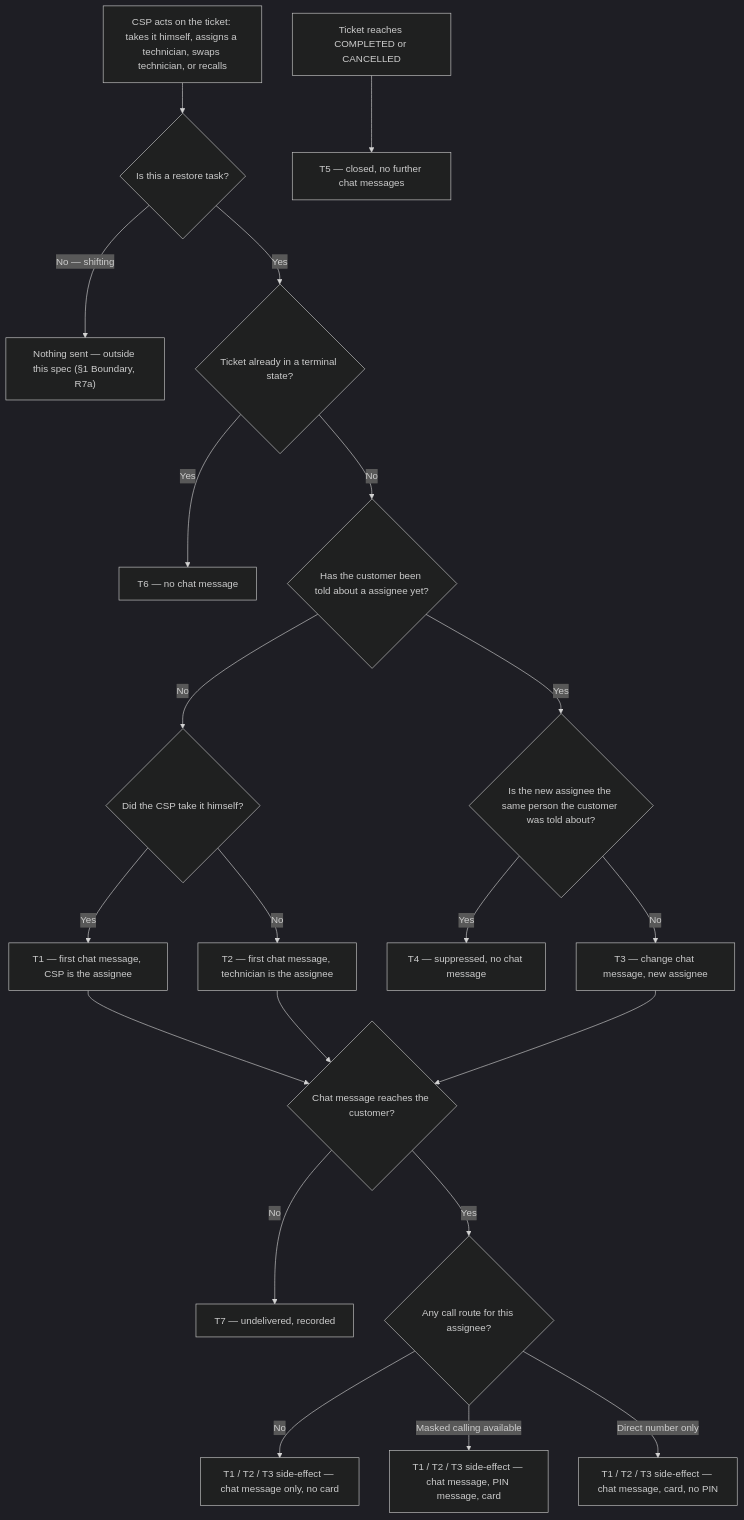
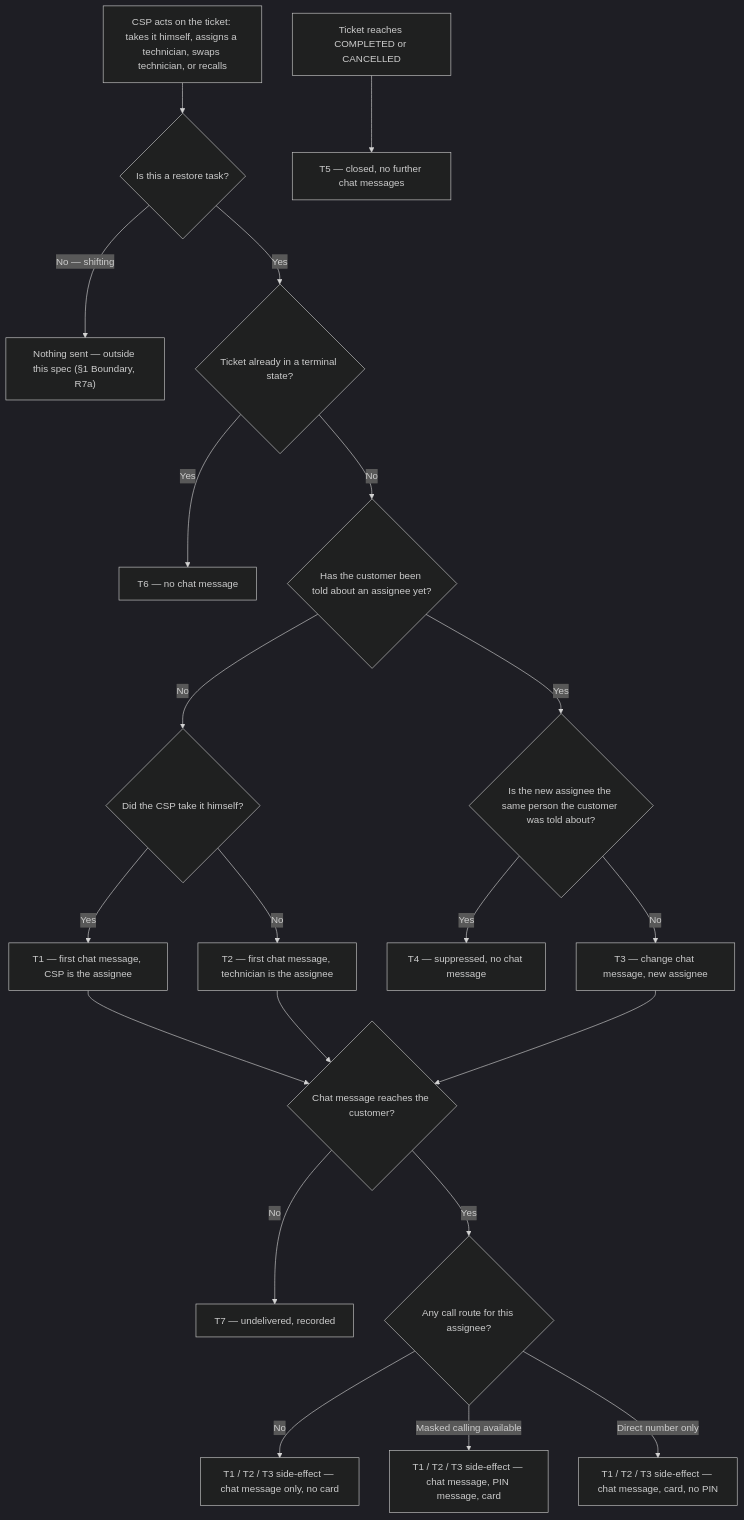
Before and after one commit to ashish-raj-wiom/service-ticket-handler-notice-prd: the diagram in Service_Ticket_Handler_Notice_PRD.md, drawn with Mermaid (dark theme). The commit also changed other lines of this file and 1 other file, not shown here.

````diff
--- a/Service_Ticket_Handler_Notice_PRD.md
+++ b/Service_Ticket_Handler_Notice_PRD.md
@@ -61,23 +61,23 @@
 ```mermaid
 flowchart TD
     A["CSP acts on the ticket: takes it himself, assigns a technician, swaps technician, or recalls"] --> A2{"Is this a restore task?"}
     A2 -- "No — shifting" --> A3["Nothing sent — outside this spec (§1 Boundary, R7a)"]
     A2 -- "Yes" --> B{"Ticket already in a terminal state?"}
     B -- "Yes" --> C["T6 — no chat message"]
-    B -- "No" --> D{"Has the customer been told about a assignee yet?"}
+    B -- "No" --> D{"Has the customer been told about an assignee yet?"}
     D -- "No" --> D2{"Did the CSP take it himself?"}
     D2 -- "Yes" --> E["T1 — first chat message, CSP is the assignee"]
     D2 -- "No" --> F["T2 — first chat message, technician is the assignee"]
     D -- "Yes" --> G{"Is the new assignee the same person the customer was told about?"}
     G -- "Yes" --> H["T4 — suppressed, no chat message"]
     G -- "No" --> I["T3 — change chat message, new assignee"]
     J["Ticket reaches COMPLETED or CANCELLED"] --> K["T5 — closed, no further chat messages"]
     E --> L{"Chat message reaches the customer?"}
     F --> L
     I --> L
     L -- "No" --> M["T7 — undelivered, recorded"]
     L -- "Yes" --> O{"Any call route for this assignee?"}
     O -- "No" --> P["T1 / T2 / T3 side-effect — chat message only, no card"]
     O -- "Masked calling available" --> Q["T1 / T2 / T3 side-effect — chat message, PIN message, card"]
     O -- "Direct number only" --> R["T1 / T2 / T3 side-effect — chat message, card, no PIN"]
 ```
````
